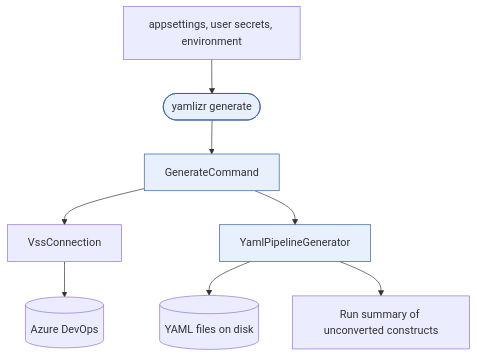
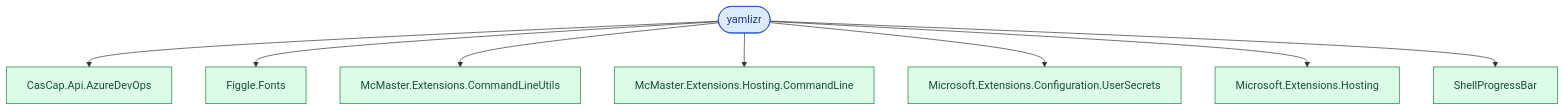
One commit to f2calv/yamlizr changed the diagram in src/CasCap.DevOpsYamlizrCli/README.md. Above: the diagram before and after it, drawn with Mermaid. The commit also changed other lines of this file and 3 other files, not shown here.

First line of the commit message:
fix: align yamlizr dependencies and generator release guidance

````diff
--- a/src/CasCap.DevOpsYamlizrCli/README.md
+++ b/src/CasCap.DevOpsYamlizrCli/README.md
@@ -122,12 +123,14 @@
 ```mermaid
-flowchart TD
-    Config[appsettings, user secrets, environment] --> CLI([yamlizr generate])
-    CLI --> Cmd[GenerateCommand]
-    Cmd --> Conn[VssConnection]
-    Conn --> AzDO[(Azure DevOps)]
-    Cmd --> Gen[YamlPipelineGenerator]
-    Gen --> Yaml[(YAML files on disk)]
-    Gen --> Warn[Run summary of unconverted constructs]
-    classDef owned fill:#e8f0fe,stroke:#315da8
-    class CLI,Cmd,Gen owned
+graph TD
+  cli([yamlizr]) --> library[CasCap.Api.AzureDevOps]
+  cli --> fonts[Figgle.Fonts]
+  cli --> command[McMaster.Extensions.CommandLineUtils]
+  cli --> hostingcommand[McMaster.Extensions.Hosting.CommandLine]
+  cli --> secrets[Microsoft.Extensions.Configuration.UserSecrets]
+  cli --> hosting[Microsoft.Extensions.Hosting]
+  cli --> progress[ShellProgressBar]
+  classDef owned fill:#dbeafe,stroke:#1d4ed8,color:#1e3a8a
+  classDef published fill:#dcfce7,stroke:#15803d,color:#14532d
+  class cli owned
+  class library,fonts,command,hostingcommand,secrets,hosting,progress published
 ```
````
